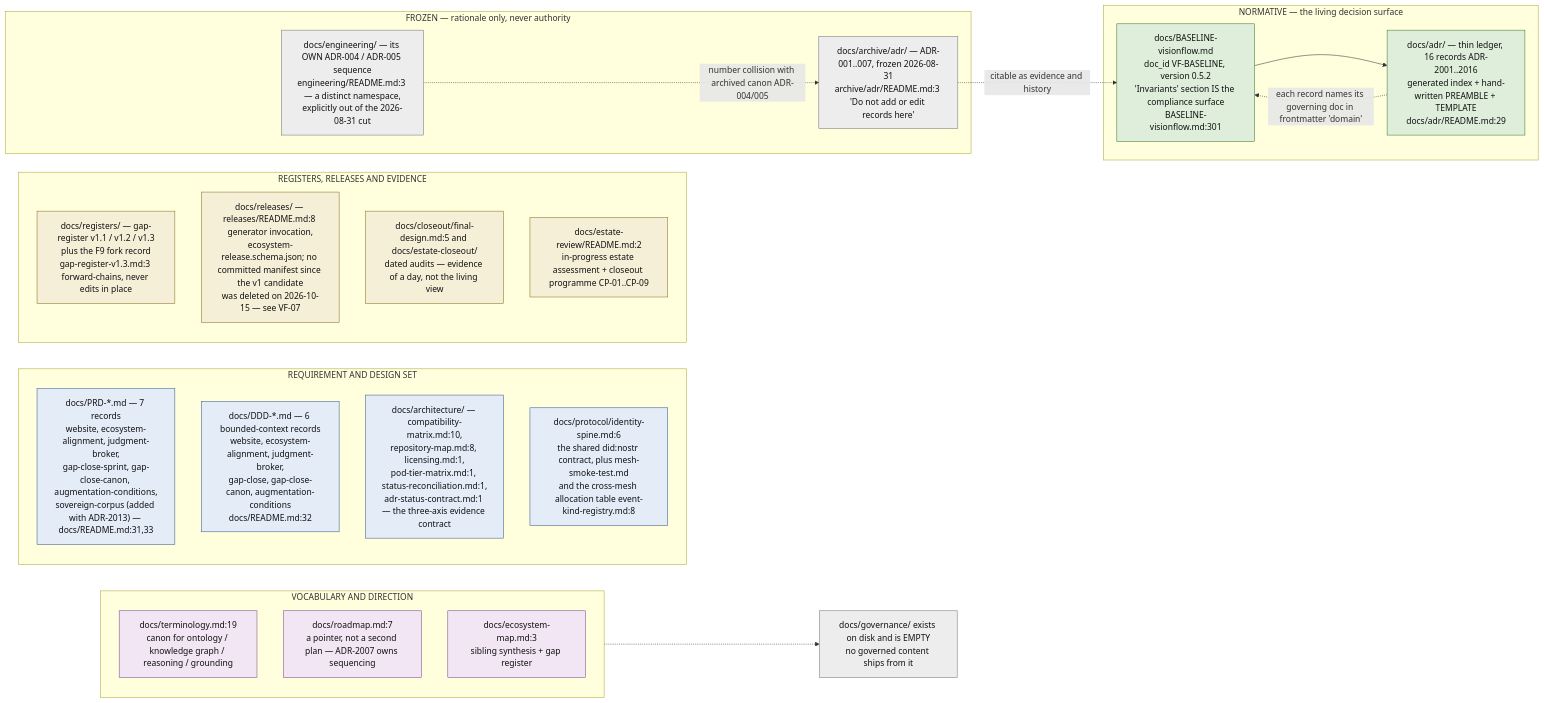
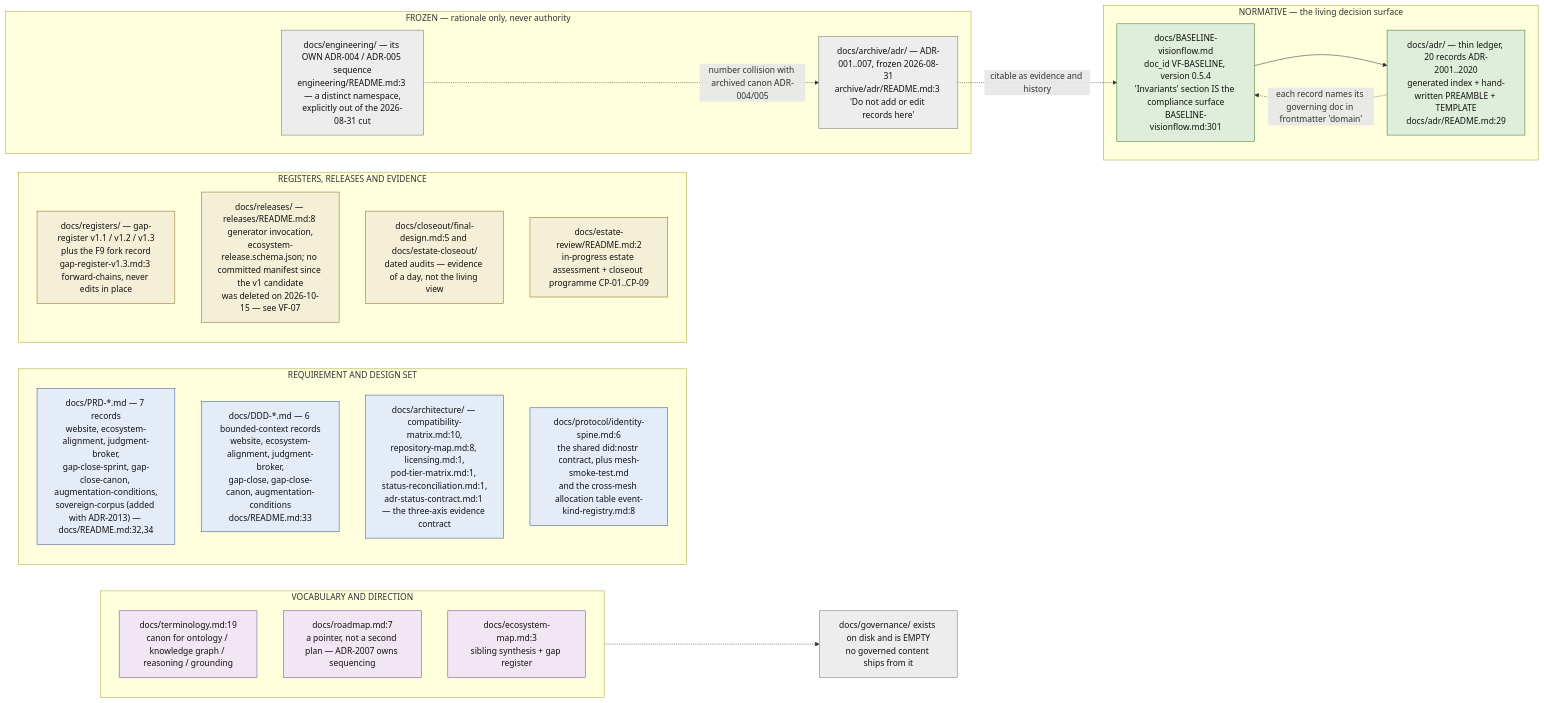
Before and after one commit to DreamLab-AI/VisionFlow: the first of 11 diagrams in docs/diagrams/visionflow/01-repo-composition-and-canon.md, drawn with Mermaid. The commit also changed other lines of this file and 160 other files, not shown here.

````diff
--- a/docs/diagrams/visionflow/01-repo-composition-and-canon.md
+++ b/docs/diagrams/visionflow/01-repo-composition-and-canon.md
@@ -65,45 +65,45 @@
 ```mermaid
 flowchart LR
     classDef norm fill:#dfeeda,stroke:#3f7a2f,color:#111
     classDef spec fill:#e4ecf8,stroke:#3a5a8a,color:#111
     classDef reg fill:#f6efd8,stroke:#8a7020,color:#111
     classDef frozen fill:#ededed,stroke:#777,color:#111
     classDef other fill:#f2e6f5,stroke:#7a4a8a,color:#111
 
     subgraph LIVING["NORMATIVE — the living decision surface"]
-        BASE["docs/BASELINE-visionflow.md<br/>doc_id VF-BASELINE, version 0.5.2<br/>'Invariants' section IS the compliance surface<br/>BASELINE-visionflow.md:301"]:::norm
-        LED["docs/adr/ — thin ledger, 16 records ADR-2001..2016<br/>generated index + hand-written PREAMBLE + TEMPLATE<br/>docs/adr/README.md:29"]:::norm
+        BASE["docs/BASELINE-visionflow.md<br/>doc_id VF-BASELINE, version 0.5.4<br/>'Invariants' section IS the compliance surface<br/>BASELINE-visionflow.md:301"]:::norm
+        LED["docs/adr/ — thin ledger, 20 records ADR-2001..2020<br/>generated index + hand-written PREAMBLE + TEMPLATE<br/>docs/adr/README.md:29"]:::norm
     end
 
     subgraph SPECS["REQUIREMENT AND DESIGN SET"]
-        PRD["docs/PRD-*.md — 7 records<br/>website, ecosystem-alignment, judgment-broker,<br/>gap-close-sprint, gap-close-canon, augmentation-conditions,<br/>sovereign-corpus (added with ADR-2013) — docs/README.md:31,33"]:::spec
-        DDD["docs/DDD-*.md — 6 bounded-context records<br/>website, ecosystem-alignment, judgment-broker,<br/>gap-close, gap-close-canon, augmentation-conditions<br/>docs/README.md:32"]:::spec
+        PRD["docs/PRD-*.md — 7 records<br/>website, ecosystem-alignment, judgment-broker,<br/>gap-close-sprint, gap-close-canon, augmentation-conditions,<br/>sovereign-corpus (added with ADR-2013) — docs/README.md:32,34"]:::spec
+        DDD["docs/DDD-*.md — 6 bounded-context records<br/>website, ecosystem-alignment, judgment-broker,<br/>gap-close, gap-close-canon, augmentation-conditions<br/>docs/README.md:33"]:::spec
         ARCH["docs/architecture/ — compatibility-matrix.md:10,<br/>repository-map.md:8, licensing.md:1,<br/>pod-tier-matrix.md:1, status-reconciliation.md:1,<br/>adr-status-contract.md:1 — the three-axis evidence contract"]:::spec
         PROTO["docs/protocol/identity-spine.md:6<br/>the shared did:nostr contract, plus mesh-smoke-test.md<br/>and the cross-mesh allocation table event-kind-registry.md:8"]:::spec
     end
 
     subgraph EVID["REGISTERS, RELEASES AND EVIDENCE"]
         REG["docs/registers/ — gap-register v1.1 / v1.2 / v1.3<br/>plus the F9 fork record<br/>gap-register-v1.3.md:3 forward-chains, never edits in place"]:::reg
         REL["docs/releases/ — releases/README.md:8 generator invocation,<br/>ecosystem-release.schema.json; no committed manifest since the v1 candidate<br/>was deleted on 2026-10-15 — see VF-07"]:::reg
         CLOSE["docs/closeout/final-design.md:5 and docs/estate-closeout/<br/>dated audits — evidence of a day, not the living view"]:::reg
         REVIEW["docs/estate-review/README.md:2<br/>in-progress estate assessment + closeout programme CP-01..CP-09"]:::reg
     end
 
     subgraph WORDS["VOCABULARY AND DIRECTION"]
         TERM["docs/terminology.md:19<br/>canon for ontology / knowledge graph / reasoning / grounding"]:::other
         ROAD["docs/roadmap.md:7<br/>a pointer, not a second plan — ADR-2007 owns sequencing"]:::other
         MAP["docs/ecosystem-map.md:3<br/>sibling synthesis + gap register"]:::other
     end
 
     subgraph FROZEN["FROZEN — rationale only, never authority"]
         ARCHV["docs/archive/adr/ — ADR-001..007, frozen 2026-08-31<br/>archive/adr/README.md:3 'Do not add or edit records here'"]:::frozen
         ENG["docs/engineering/ — its OWN ADR-004 / ADR-005 sequence<br/>engineering/README.md:3 — a distinct namespace,<br/>explicitly out of the 2026-08-31 cut"]:::frozen
     end
 
     BASE --> LED
     LED -.->|"each record names its governing doc in frontmatter 'domain'"| BASE
     ARCHV -.->|"citable as evidence and history"| BASE
     ENG -.->|"number collision with archived canon ADR-004/005"| ARCHV
     EMPTY["docs/governance/ exists on disk and is EMPTY<br/>no governed content ships from it"]:::frozen
     WORDS -.-> EMPTY
 ```
````
